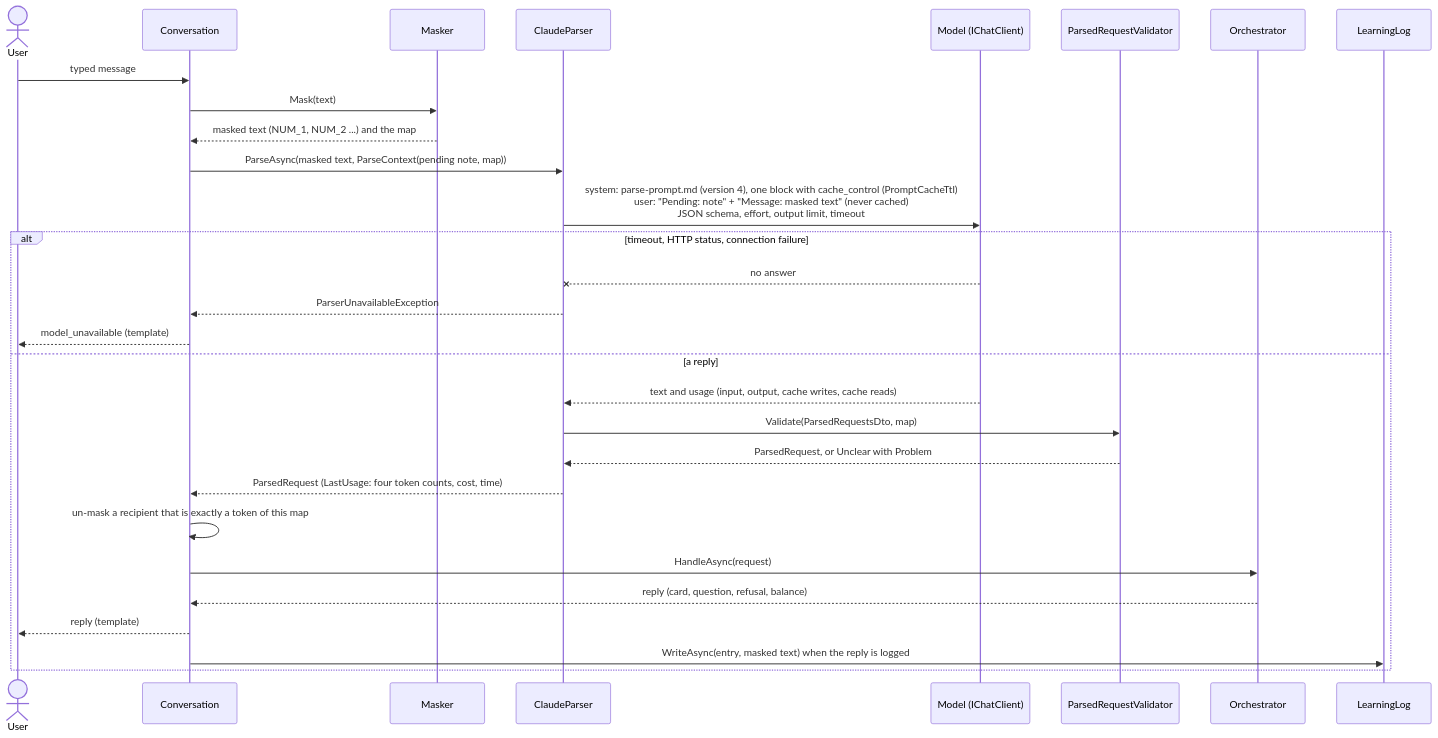
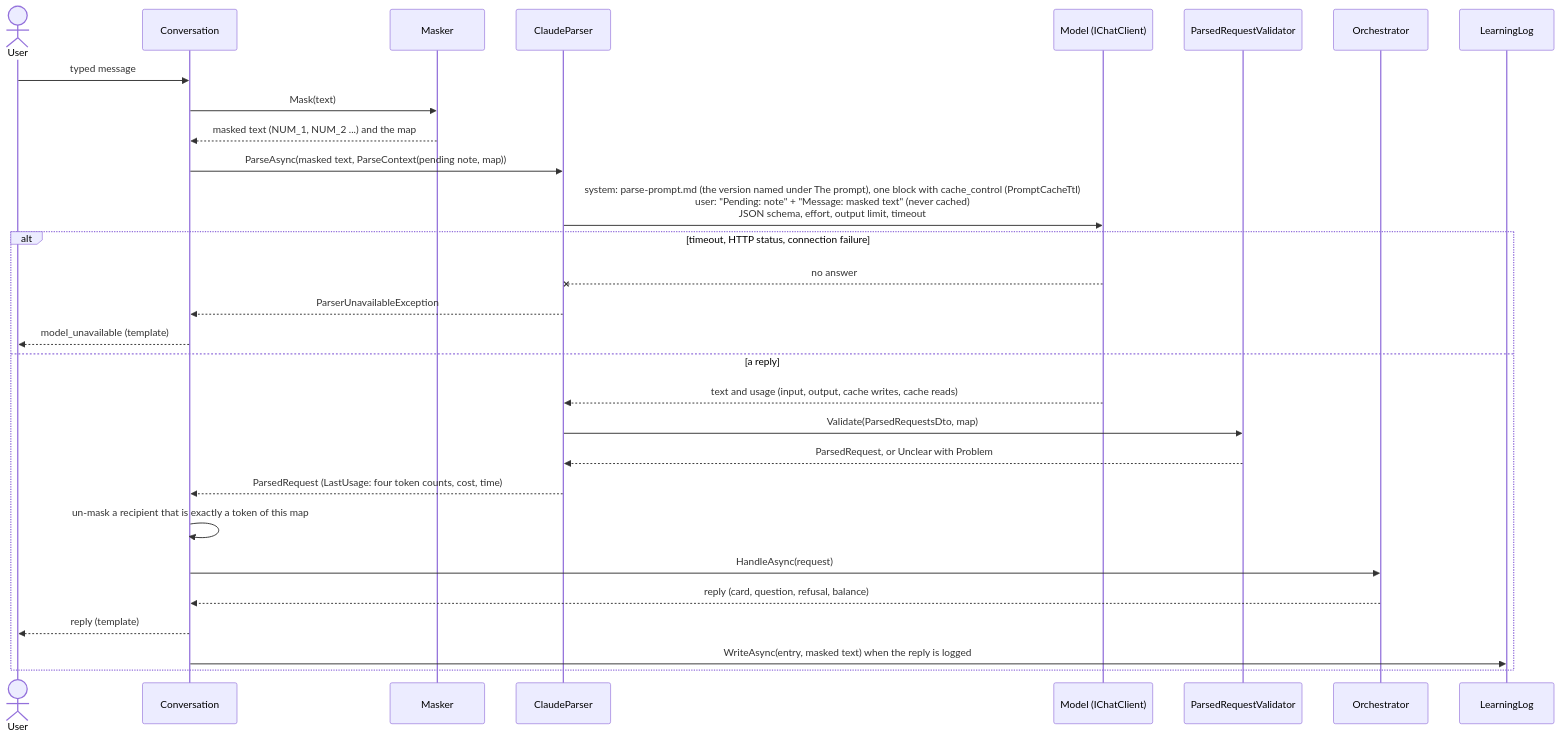
The first of 2 diagrams in docs/agent-model.md (Khalil-Alhadidi/Naqoli), drawn with Mermaid before and after one commit. The commit also changed other lines of this file, not shown here.

Commit message:
docs(model): the parse-call diagram and the prompt section name the current prompt version 5, stated in one sentence that the diagram points to; the version 5 change listed with the others

````diff
--- a/docs/agent-model.md
+++ b/docs/agent-model.md
@@ -7,32 +7,32 @@
 ```mermaid
 sequenceDiagram
     actor U as User
     participant C as Conversation
     participant M as Masker
     participant P as ClaudeParser
     participant L as Model (IChatClient)
     participant V as ParsedRequestValidator
     participant O as Orchestrator
     participant G as LearningLog
 
     U->>C: typed message
     C->>M: Mask(text)
     M-->>C: masked text (NUM_1, NUM_2 ...) and the map
     C->>P: ParseAsync(masked text, ParseContext(pending note, map))
-    P->>L: system: parse-prompt.md (version 4), one block with cache_control (PromptCacheTtl)<br/>user: "Pending: note" + "Message: masked text" (never cached)<br/>JSON schema, effort, output limit, timeout
+    P->>L: system: parse-prompt.md (the version named under The prompt), one block with cache_control (PromptCacheTtl)<br/>user: "Pending: note" + "Message: masked text" (never cached)<br/>JSON schema, effort, output limit, timeout
     alt timeout, HTTP status, connection failure
         L--xP: no answer
         P-->>C: ParserUnavailableException
         C-->>U: model_unavailable (template)
     else a reply
         L-->>P: text and usage (input, output, cache writes, cache reads)
         P->>V: Validate(ParsedRequestsDto, map)
         V-->>P: ParsedRequest, or Unclear with Problem
         P-->>C: ParsedRequest (LastUsage: four token counts, cost, time)
         C->>C: un-mask a recipient that is exactly a token of this map
         C->>O: HandleAsync(request)
         O-->>C: reply (card, question, refusal, balance)
         C-->>U: reply (template)
         C->>G: WriteAsync(entry, masked text) when the reply is logged
     end
 ```
````
